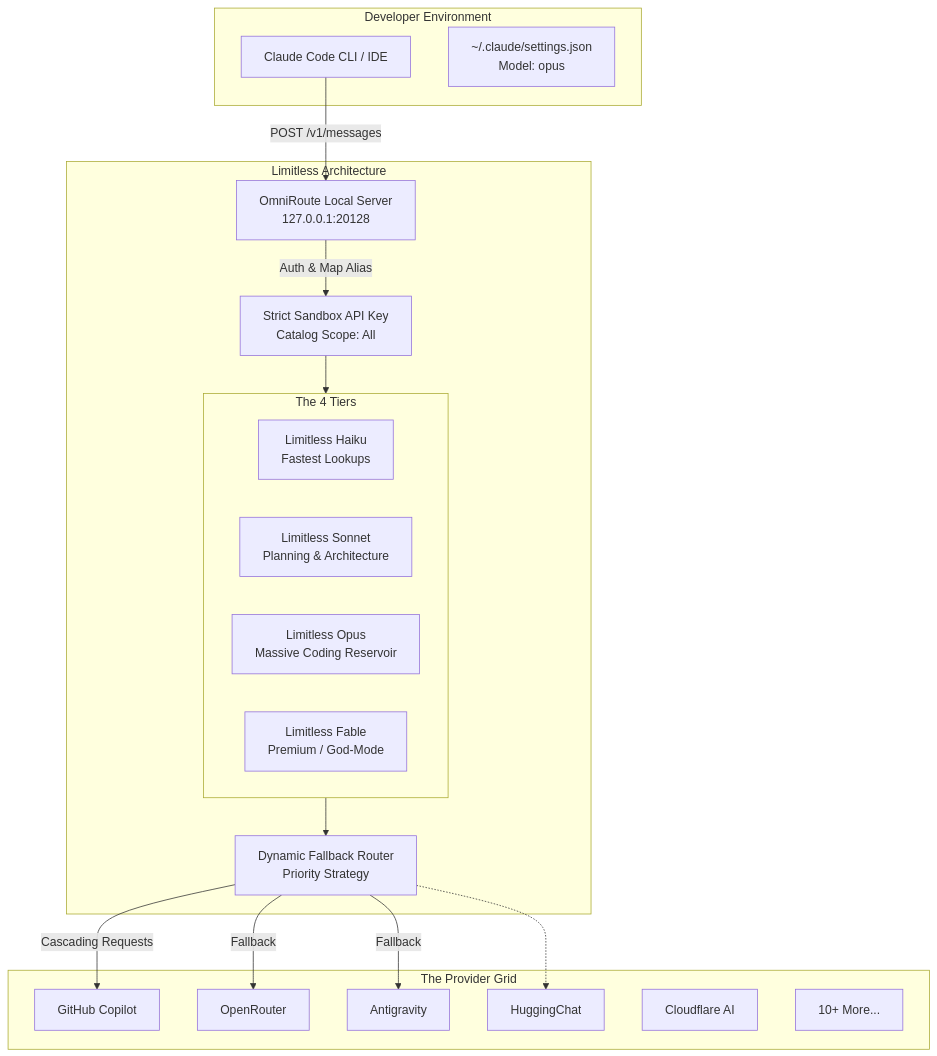
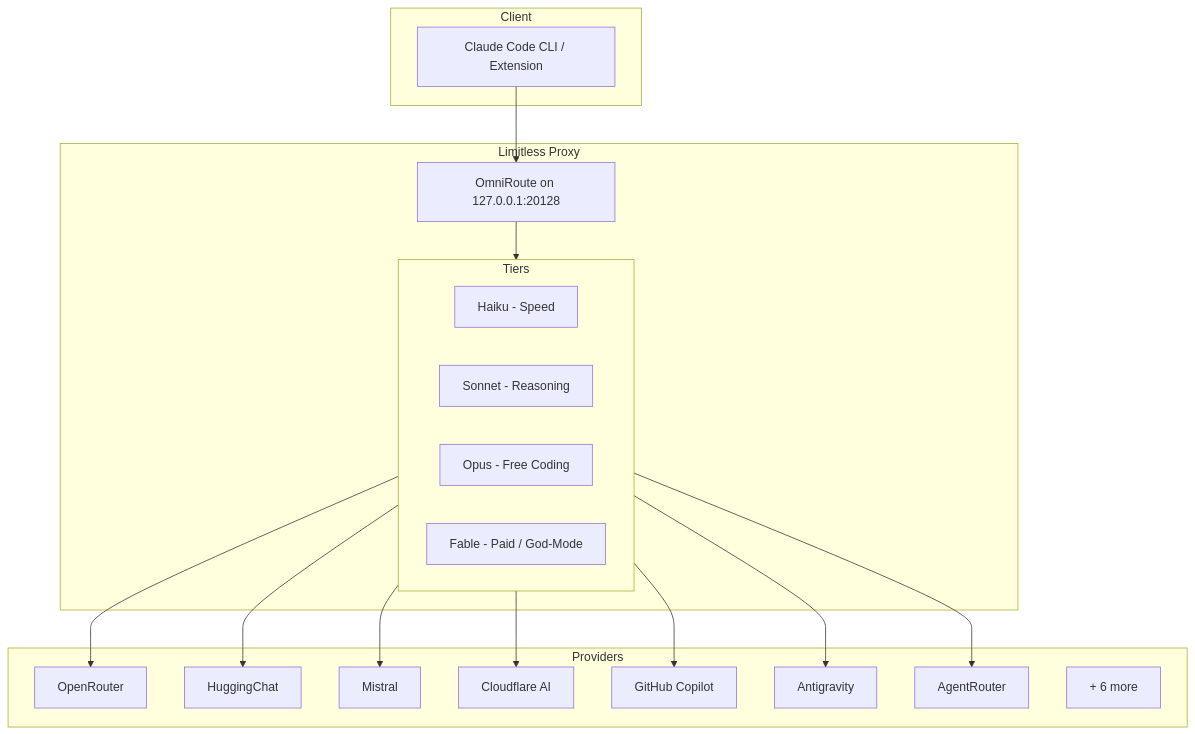
One commit to mahik504/limitless-claude changed the diagram in README.md. Above: the diagram before and after it, drawn with Mermaid. The commit also changed other lines of this file and 1 other file, not shown here.

Commit message:
v4.1.0: Clean README, grounded Opus 5.5 system prompt, remove hallucinated model references

````diff
--- a/README.md
+++ b/README.md
@@ -17,39 +25,37 @@
 ```mermaid
 flowchart TD
-    subgraph Developer Environment
-        CC[Claude Code CLI / IDE]
-        Settings[~/.claude/settings.json\nModel: opus]
+    subgraph Client
+        CC[Claude Code CLI / Extension]
     end
 
-    subgraph Limitless Architecture
-        Proxy[OmniRoute Local Server\n127.0.0.1:20128]
-        API_Key[Strict Sandbox API Key\nCatalog Scope: All]
-        
-        subgraph Combos [The 4 Tiers]
-            C1[Limitless Haiku\nFastest Lookups]
-            C2[Limitless Sonnet\nPlanning & Architecture]
-            C3[Limitless Opus\nMassive Coding Reservoir]
-            C4[Limitless Fable\nPremium / God-Mode]
+    subgraph Limitless Proxy
+        OR[OmniRoute on 127.0.0.1:20128]
+        subgraph Tiers
+            H[Haiku - Speed]
+            S[Sonnet - Reasoning]
+            O[Opus - Free Coding]
+            F[Fable - Paid / God-Mode]
         end
-        
-        Router[Dynamic Fallback Router\nPriority Strategy]
     end
 
-    subgraph The Provider Grid
-        P1[GitHub Copilot]
-        P2[OpenRouter]
-        P3[Antigravity]
-        P4[HuggingChat]
-        P5[Cloudflare AI]
-        P6[10+ More...]
+    subgraph Providers
+        P1[OpenRouter]
+        P2[HuggingChat]
+        P3[Mistral]
+        P4[Cloudflare AI]
+        P5[GitHub Copilot]
+        P6[Antigravity]
+        P7[AgentRouter]
+        P8[+ 6 more]
     end
 
-    CC -- "POST /v1/messages" --> Proxy
-    Proxy -- "Auth & Map Alias" --> API_Key
-    API_Key --> Combos
-    Combos --> Router
-    Router -- "Cascading Requests" --> P1
-    Router -- "Fallback" --> P2
-    Router -- "Fallback" --> P3
-    Router -.-> P4
+    CC --> OR
+    OR --> Tiers
+    Tiers --> P1
+    Tiers --> P2
+    Tiers --> P3
+    Tiers --> P4
+    Tiers --> P5
+    Tiers --> P6
+    Tiers --> P7
 ```
````
